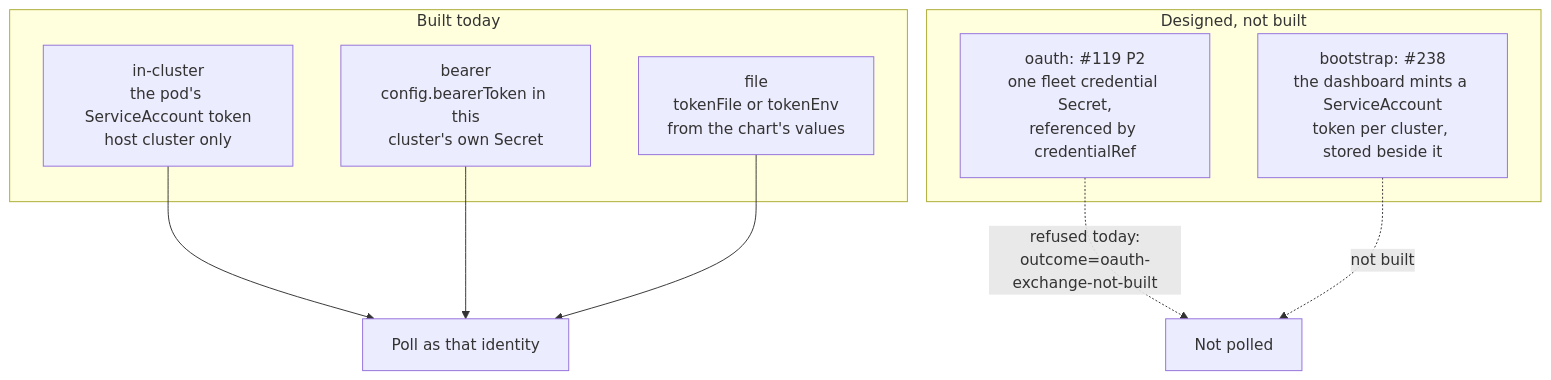
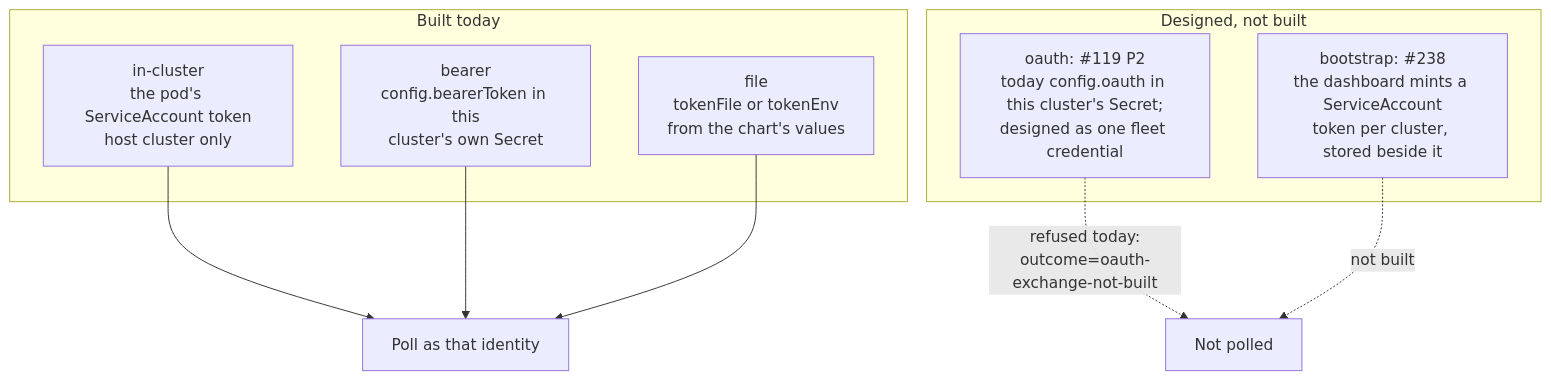
The third of 4 diagrams in docs/DESIGN_cluster_connection_flows.md (ephico2real2/group-sync-dashboard), drawn with Mermaid before and after one commit. The commit also changed other lines of this file and 13 other files, not shown here.

````diff
--- a/docs/DESIGN_cluster_connection_flows.md
+++ b/docs/DESIGN_cluster_connection_flows.md
@@ -132,17 +158,17 @@
 ```mermaid
 flowchart TD
     subgraph now["Built today"]
         A["in-cluster<br/>the pod's ServiceAccount token<br/>host cluster only"]
         B["bearer<br/>config.bearerToken in this<br/>cluster's own Secret"]
         C["file<br/>tokenFile or tokenEnv<br/>from the chart's values"]
     end
     subgraph later["Designed, not built"]
-        D["oauth: #119 P2<br/>one fleet credential Secret,<br/>referenced by credentialRef"]
+        D["oauth: #119 P2<br/>today config.oauth in this cluster's Secret;<br/>designed as one fleet credential"]
         E["bootstrap: #238<br/>the dashboard mints a ServiceAccount<br/>token per cluster, stored beside it"]
     end
     A --> F["Poll as that identity"]
     B --> F
     C --> F
     D -. "refused today:<br/>outcome=oauth-exchange-not-built" .-> G["Not polled"]
     E -. "not built" .-> G
 ```
````
